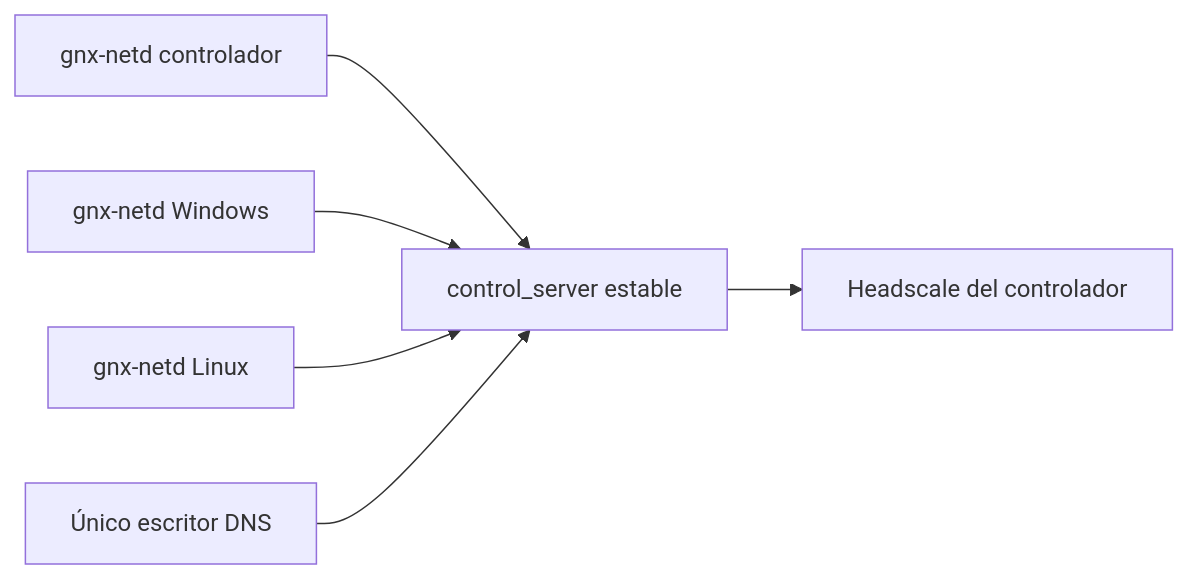
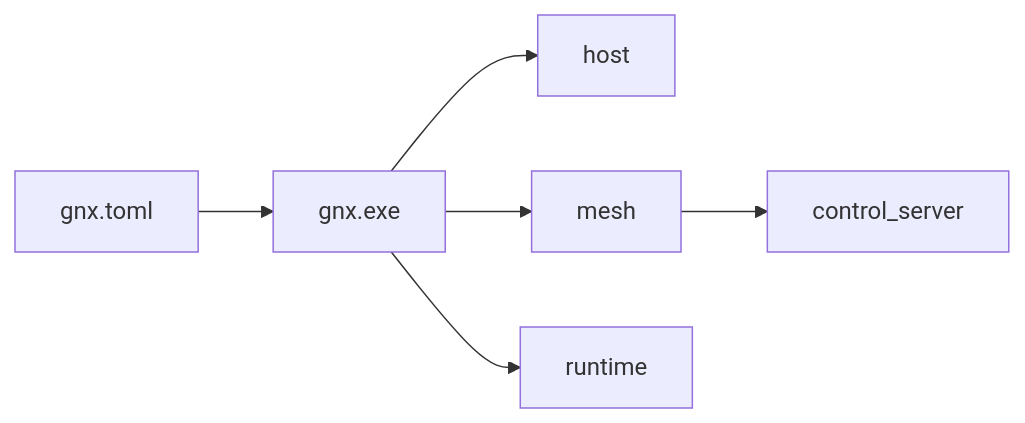
The diagram in docs/architecture.md (mayas-alas/quetzalcoatl), drawn with Mermaid before and after one commit. The commit also changed other lines of this file and 8 other files, not shown here.

Commit message:
docs: focus the GNX mesh architecture

````diff
--- a/docs/architecture.md
+++ b/docs/architecture.md
@@ -76,8 +11,8 @@
 ```mermaid
 flowchart LR
-    C["gnx-netd controlador"] --> E["control_server estable"]
-    W["gnx-netd Windows"] --> E
-    L["gnx-netd Linux"] --> E
-    D["Único escritor DNS"] --> E
-    E --> H["Headscale del controlador"]
+    C["gnx.toml"] --> R["gnx.exe"]
+    R --> H["host"]
+    R --> M["mesh"]
+    R --> T["runtime"]
+    M --> E["control_server"]
 ```
````
